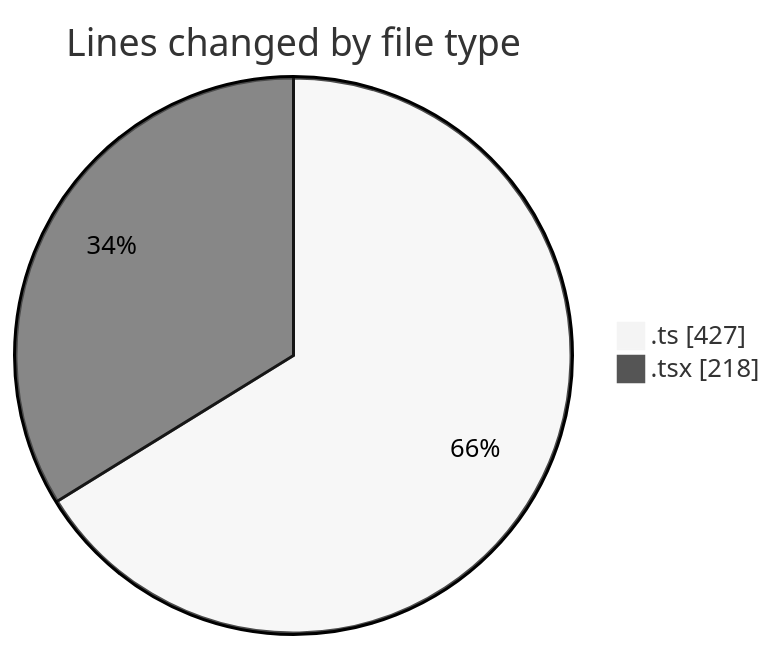
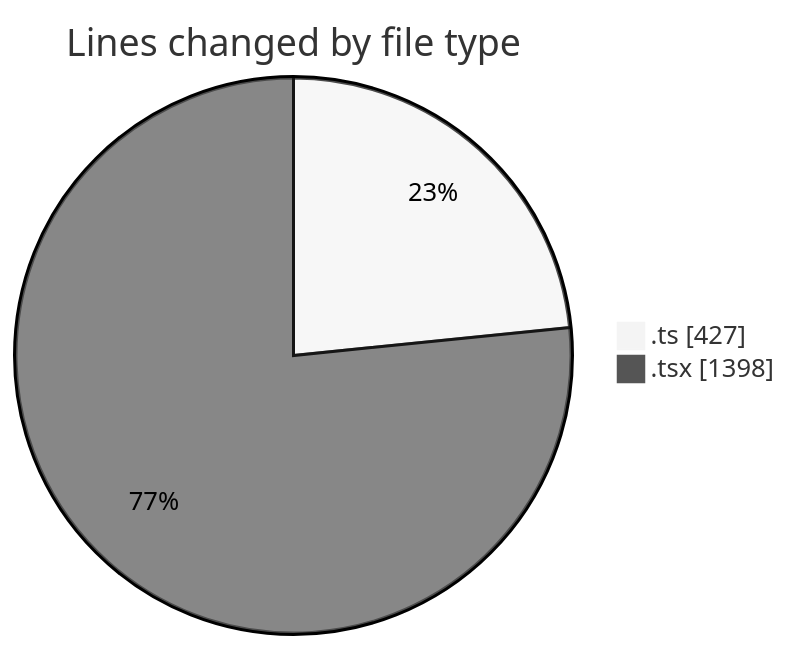
Before and after one commit to nxtqubesakshisongat/code-tracking: the first of 2 diagrams in 2026-03-11/nxtqube_webapp/README.md, drawn with Mermaid (neutral theme). The commit also changed other lines of this file and 1 other file, not shown here.

````diff
--- a/2026-03-11/nxtqube_webapp/README.md
+++ b/2026-03-11/nxtqube_webapp/README.md
@@ -21,6 +22,6 @@
 ```mermaid
 pie showData
 title Lines changed by file type
 ".ts" : 427
-".tsx" : 218
+".tsx" : 1398
 ```
````
